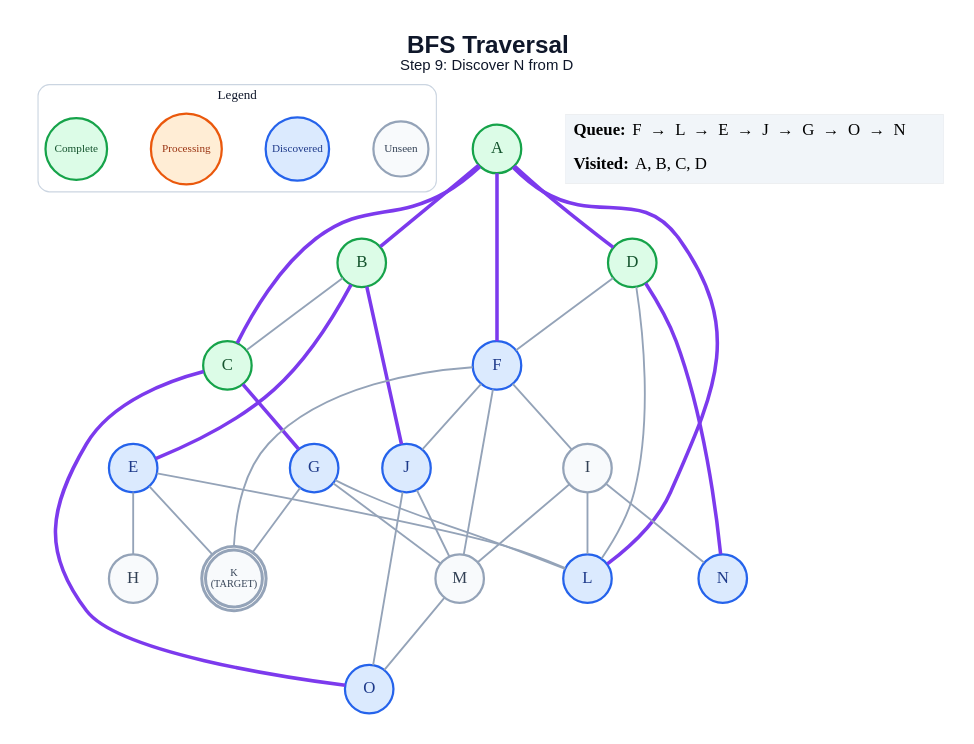
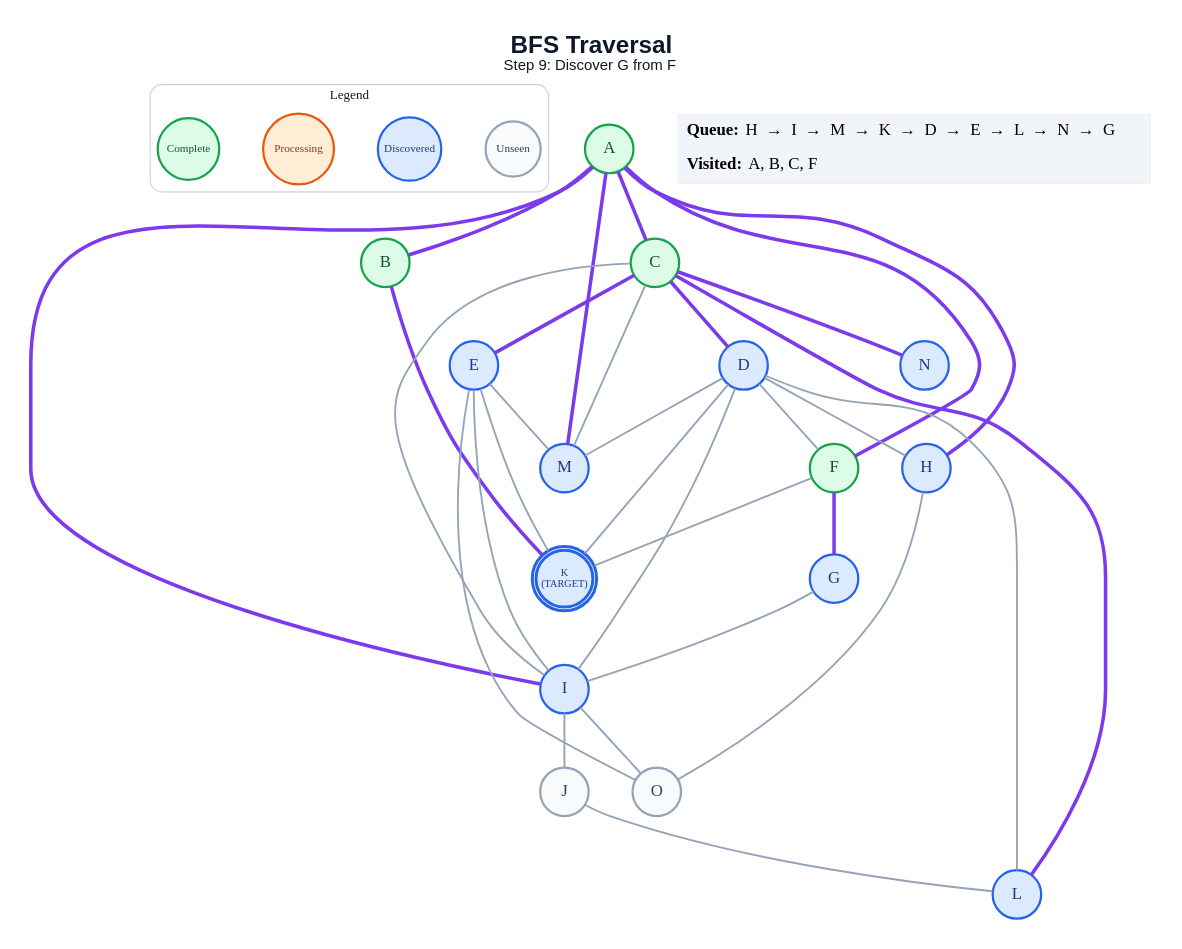
Before and after one commit to anon7238593-create/ai-slop: the diagram in generated/specific-node/bfs/step_09.dot, drawn with Graphviz. The commit also changed 217 other files, not shown here.

```diff
--- a/generated/specific-node/bfs/step_09.dot
+++ b/generated/specific-node/bfs/step_09.dot
@@ -1,63 +1,64 @@
 graph traversal {
   graph [layout=dot, rankdir=TB, bgcolor="#FFFFFF", pad="0.35", nodesep="0.65", ranksep="0.8", fontname="Arial"];
   node [shape=circle, style="filled", fontname="Arial Bold", fontsize=18, width=0.72, fixedsize=true, penwidth=2.4];
   edge [color="#94A3B8", penwidth=2.0];
-  label=<<B>BFS Traversal</B><BR/><FONT POINT-SIZE="16">Step 9: Discover N from D</FONT>>; labelloc="t"; fontsize=26; fontname="Arial"; fontcolor="#0F172A";
+  label=<<B>BFS Traversal</B><BR/><FONT POINT-SIZE="16">Step 9: Discover G from F</FONT>>; labelloc="t"; fontsize=26; fontname="Arial"; fontcolor="#0F172A";
   subgraph cluster_legend { label="Legend"; color="#CBD5E1"; penwidth=1.2; style="rounded"; fontsize=14; fontname="Arial Bold";
     key_unseen [label="Unseen", fillcolor="#F8FAFC", color="#94A3B8", fontcolor="#334155", fontsize=12, width=0.82];
     key_frontier [label="Discovered", fillcolor="#DBEAFE", color="#2563EB", fontcolor="#1E3A8A", fontsize=12, width=0.95];
     key_current [label="Processing", fillcolor="#FFEDD5", color="#EA580C", fontcolor="#9A3412", fontsize=12, width=1.05];
     key_done [label="Complete", fillcolor="#DCFCE7", color="#16A34A", fontcolor="#14532D", fontsize=12, width=0.92];
     { rank=same; key_unseen; key_frontier; key_current; key_done; }
   }
   A [label="A", fillcolor="#DCFCE7", color="#16A34A", fontcolor="#14532D", peripheries=1, penwidth=2.4];
   B [label="B", fillcolor="#DCFCE7", color="#16A34A", fontcolor="#14532D", peripheries=1, penwidth=2.4];
   C [label="C", fillcolor="#DCFCE7", color="#16A34A", fontcolor="#14532D", peripheries=1, penwidth=2.4];
-  D [label="D", fillcolor="#DCFCE7", color="#16A34A", fontcolor="#14532D", peripheries=1, penwidth=2.4];
+  D [label="D", fillcolor="#DBEAFE", color="#2563EB", fontcolor="#1E3A8A", peripheries=1, penwidth=2.4];
   E [label="E", fillcolor="#DBEAFE", color="#2563EB", fontcolor="#1E3A8A", peripheries=1, penwidth=2.4];
-  F [label="F", fillcolor="#DBEAFE", color="#2563EB", fontcolor="#1E3A8A", peripheries=1, penwidth=2.4];
+  F [label="F", fillcolor="#DCFCE7", color="#16A34A", fontcolor="#14532D", peripheries=1, penwidth=2.4];
   G [label="G", fillcolor="#DBEAFE", color="#2563EB", fontcolor="#1E3A8A", peripheries=1, penwidth=2.4];
-  H [label="H", fillcolor="#F8FAFC", color="#94A3B8", fontcolor="#334155", peripheries=1, penwidth=2.4];
-  I [label="I", fillcolor="#F8FAFC", color="#94A3B8", fontcolor="#334155", peripheries=1, penwidth=2.4];
-  J [label="J", fillcolor="#DBEAFE", color="#2563EB", fontcolor="#1E3A8A", peripheries=1, penwidth=2.4];
-  K [label="K\n(TARGET)", fillcolor="#F8FAFC", color="#94A3B8", fontcolor="#334155", peripheries=2, penwidth=3.2, fontsize=11, width=0.85, height=0.85];
+  H [label="H", fillcolor="#DBEAFE", color="#2563EB", fontcolor="#1E3A8A", peripheries=1, penwidth=2.4];
+  I [label="I", fillcolor="#DBEAFE", color="#2563EB", fontcolor="#1E3A8A", peripheries=1, penwidth=2.4];
+  J [label="J", fillcolor="#F8FAFC", color="#94A3B8", fontcolor="#334155", peripheries=1, penwidth=2.4];
+  K [label="K\n(TARGET)", fillcolor="#DBEAFE", color="#2563EB", fontcolor="#1E3A8A", peripheries=2, penwidth=3.2, fontsize=11, width=0.85, height=0.85];
   L [label="L", fillcolor="#DBEAFE", color="#2563EB", fontcolor="#1E3A8A", peripheries=1, penwidth=2.4];
-  M [label="M", fillcolor="#F8FAFC", color="#94A3B8", fontcolor="#334155", peripheries=1, penwidth=2.4];
+  M [label="M", fillcolor="#DBEAFE", color="#2563EB", fontcolor="#1E3A8A", peripheries=1, penwidth=2.4];
   N [label="N", fillcolor="#DBEAFE", color="#2563EB", fontcolor="#1E3A8A", peripheries=1, penwidth=2.4];
-  O [label="O", fillcolor="#DBEAFE", color="#2563EB", fontcolor="#1E3A8A", peripheries=1, penwidth=2.4];
+  O [label="O", fillcolor="#F8FAFC", color="#94A3B8", fontcolor="#334155", peripheries=1, penwidth=2.4];
   A -- B [color="#7C3AED", penwidth=3.8];
   A -- C [color="#7C3AED", penwidth=3.8];
-  A -- D [color="#7C3AED", penwidth=3.8];
   A -- F [color="#7C3AED", penwidth=3.8];
-  A -- L [color="#7C3AED", penwidth=3.8];
-  B -- C;
-  B -- E [color="#7C3AED", penwidth=3.8];
-  B -- J [color="#7C3AED", penwidth=3.8];
-  C -- G [color="#7C3AED", penwidth=3.8];
-  C -- O [color="#7C3AED", penwidth=3.8];
+  A -- H [color="#7C3AED", penwidth=3.8];
+  A -- I [color="#7C3AED", penwidth=3.8];
+  A -- M [color="#7C3AED", penwidth=3.8];
+  B -- K [color="#7C3AED", penwidth=3.8];
+  C -- D [color="#7C3AED", penwidth=3.8];
+  C -- E [color="#7C3AED", penwidth=3.8];
+  C -- I;
+  C -- L [color="#7C3AED", penwidth=3.8];
+  C -- M;
+  C -- N [color="#7C3AED", penwidth=3.8];
   D -- F;
+  D -- H;
+  D -- I;
+  D -- K;
   D -- L;
-  D -- N [color="#7C3AED", penwidth=3.8];
-  E -- H;
+  D -- M;
+  E -- I;
   E -- K;
-  E -- L;
-  F -- I;
-  F -- J;
+  E -- M;
+  E -- O;
+  F -- G [color="#7C3AED", penwidth=3.8];
   F -- K;
-  F -- M;
-  G -- K;
-  G -- L;
-  G -- M;
-  I -- L;
-  I -- M;
-  I -- N;
-  J -- M;
-  J -- O;
-  M -- O;
+  G -- I;
+  H -- O;
+  I -- J;
+  I -- O;
+  J -- L;
   status [shape=plain, fixedsize=false, width=0, height=0, margin=0, label=<
     <TABLE BORDER="0" CELLBORDER="0" CELLPADDING="7" BGCOLOR="#F1F5F9">
-      <TR><TD ALIGN="LEFT"><B>Queue:</B> F  →  L  →  E  →  J  →  G  →  O  →  N</TD></TR>
-      <TR><TD ALIGN="LEFT"><B>Visited:</B> A, B, C, D</TD></TR>
+      <TR><TD ALIGN="LEFT"><B>Queue:</B> H  →  I  →  M  →  K  →  D  →  E  →  L  →  N  →  G</TD></TR>
+      <TR><TD ALIGN="LEFT"><B>Visited:</B> A, B, C, F</TD></TR>
     </TABLE>
   >];
 }
```
